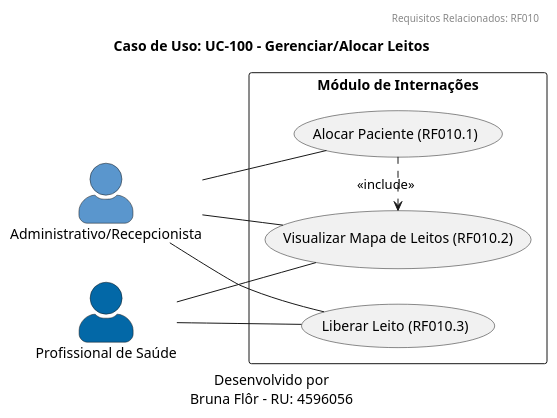
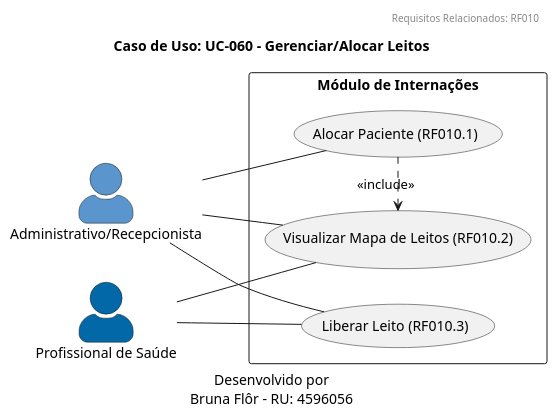
The diagram in docs/diagrams/use-case/UC-060-internacoes.puml (bruflor/sghss-next-app), drawn with PlantUML before and after one commit. The commit also changed 7 other files, not shown here.

```diff
--- a/docs/diagrams/use-case/UC-060-internacoes.puml
+++ b/docs/diagrams/use-case/UC-060-internacoes.puml
@@ -1,34 +1,34 @@
 @startuml
 
 header
 Requisitos Relacionados: RF010
 end header
 
 caption
 Desenvolvido por
 Bruna Flôr - RU: 4596056
 end caption
 
-title Caso de Uso: UC-100 - Gerenciar/Alocar Leitos
+title Caso de Uso: UC-060 - Gerenciar/Alocar Leitos
 
 left to right direction
 skinparam actorStyle awesome
 
 actor #5A96CD "Administrativo/Recepcionista" as Admin
 actor #0368A7 "Profissional de Saúde" as Prof
 
 rectangle "Módulo de Internações" {
     usecase "Visualizar Mapa de Leitos (RF010.2)" as UC_Mapa
     usecase "Alocar Paciente (RF010.1)" as UC_Alocar
     usecase "Liberar Leito (RF010.3)" as UC_Liberar
 }
 
 Admin -- UC_Mapa
 Admin -- UC_Alocar
 Admin -- UC_Liberar
 
 Prof -- UC_Mapa
 Prof -- UC_Liberar
 
 UC_Alocar .> UC_Mapa : <<include>>
 @enduml
```
